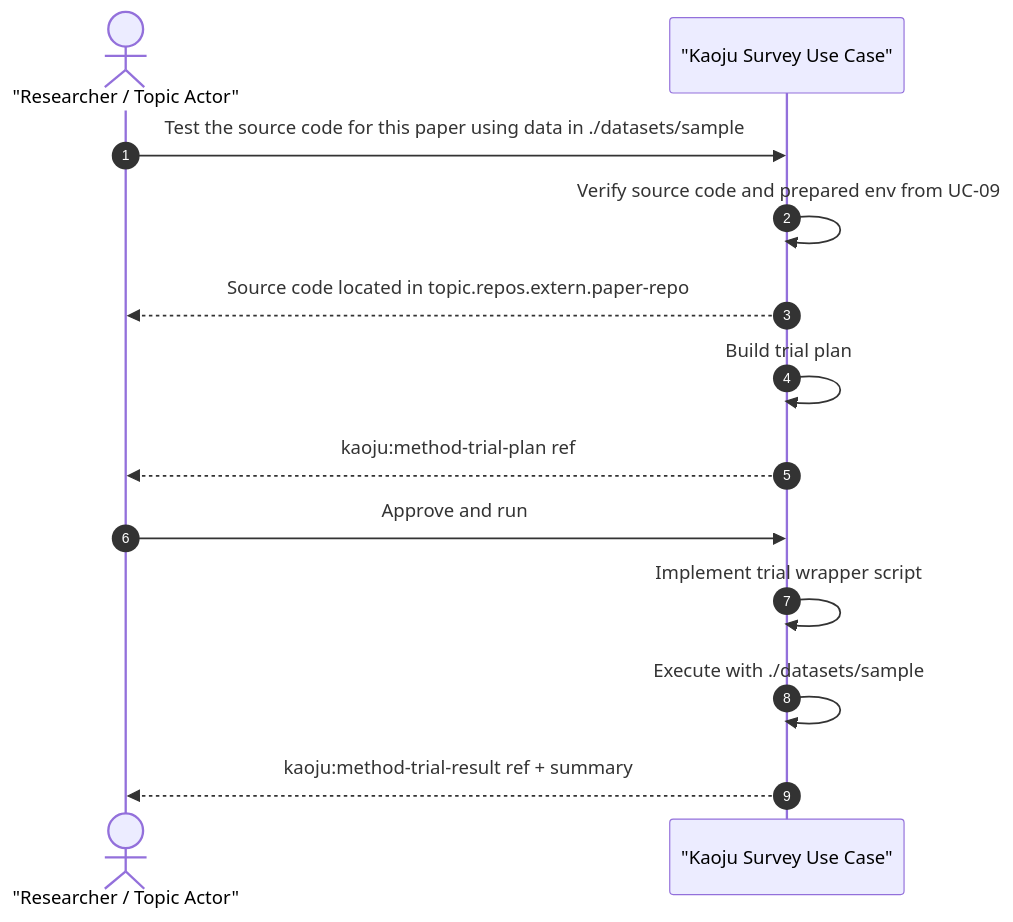
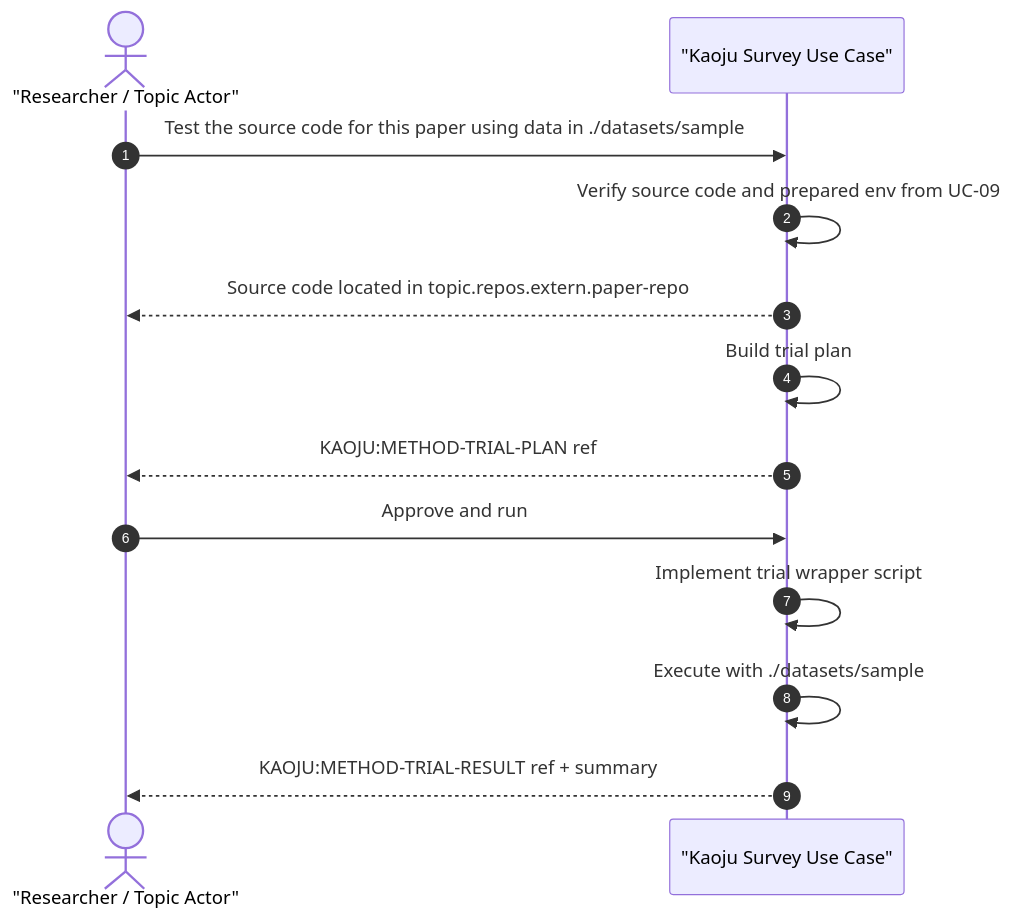
Before and after one commit to CodeGandee/isomer-labs: the second of 2 diagrams in context/features/2026-07-14-kaoju-survey-process-usecases/usecases/uc-10-run-source-code-trial.md, drawn with Mermaid. The commit also changed other lines of this file and 309 other files, not shown here.

````diff
--- a/context/features/2026-07-14-kaoju-survey-process-usecases/usecases/uc-10-run-source-code-trial.md
+++ b/context/features/2026-07-14-kaoju-survey-process-usecases/usecases/uc-10-run-source-code-trial.md
@@ -92,16 +92,16 @@
 ```mermaid
 sequenceDiagram
   autonumber
   actor Researcher as "Researcher / Topic Actor"
   participant System as "Kaoju Survey Use Case"
 
   Researcher->>System: Test the source code for this paper using data in ./datasets/sample
   System->>System: Verify source code and prepared env from UC-09
   System-->>Researcher: Source code located in topic.repos.extern.paper-repo
   System->>System: Build trial plan
-  System-->>Researcher: kaoju:method-trial-plan ref
+  System-->>Researcher: KAOJU:METHOD-TRIAL-PLAN ref
   Researcher->>System: Approve and run
   System->>System: Implement trial wrapper script
   System->>System: Execute with ./datasets/sample
-  System-->>Researcher: kaoju:method-trial-result ref + summary
+  System-->>Researcher: KAOJU:METHOD-TRIAL-RESULT ref + summary
 ```
````
